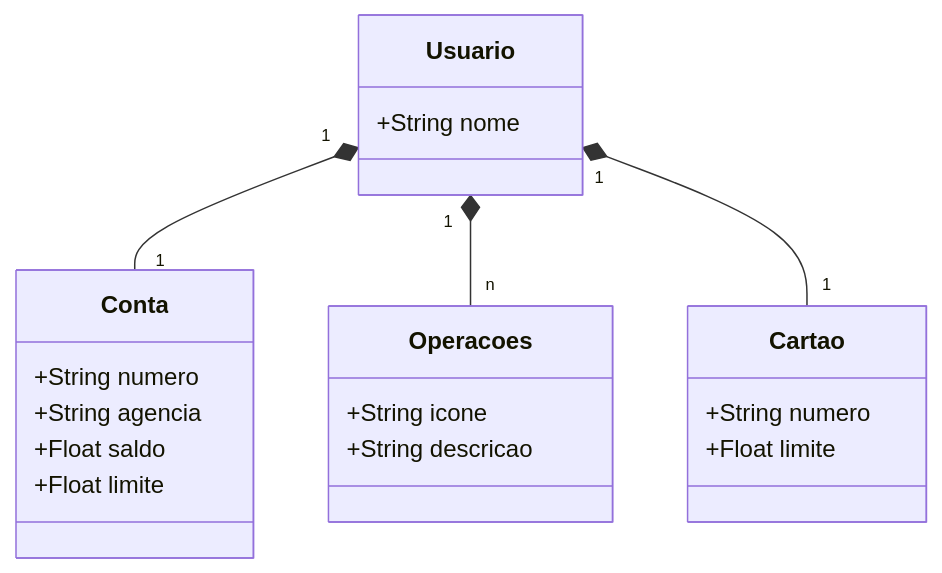
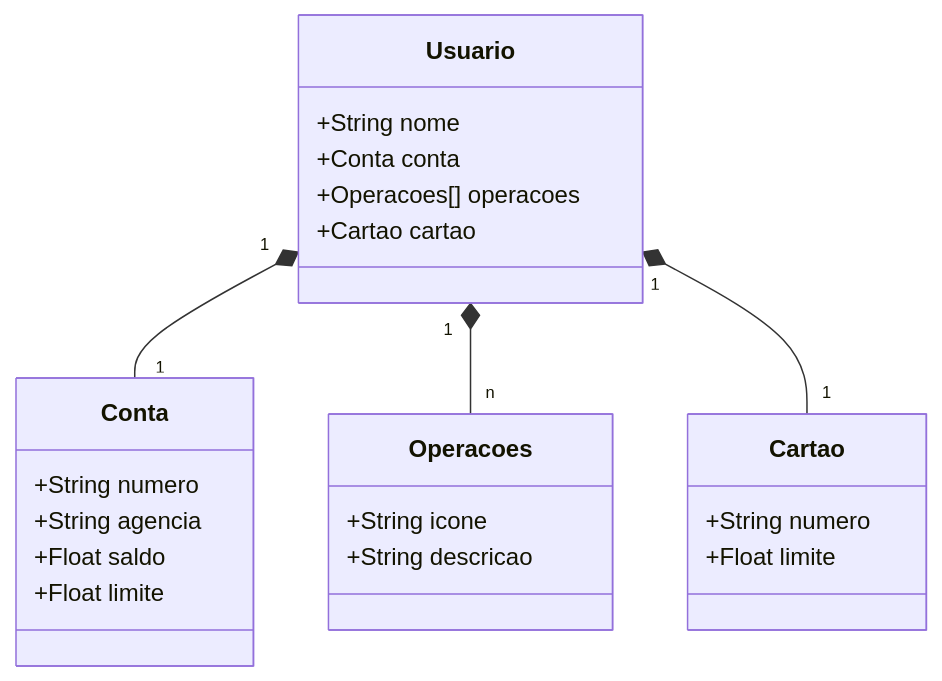
The diagram in README.md (marialmeidasouza/CriandoAPIRest), drawn with Mermaid before and after one commit.

````diff
--- a/README.md
+++ b/README.md
@@ -7,26 +7,30 @@
 ``` mermaid
 classDiagram
     class Usuario {
         +String nome
+        +Conta conta
+        +Operacoes[] operacoes
+        +Cartao cartao
+        
     }
 
     class Conta {
         +String numero
         +String agencia
         +Float saldo
         +Float limite
     }
 
     class Operacoes {
         +String icone
         +String descricao
     }
 
     class Cartao {
         +String numero
         +Float limite
     }
     Usuario "1"*--"1" Conta 
     Usuario  "1"*--"n" Operacoes
     Usuario "1" *--"1" Cartao 
 ```
````
